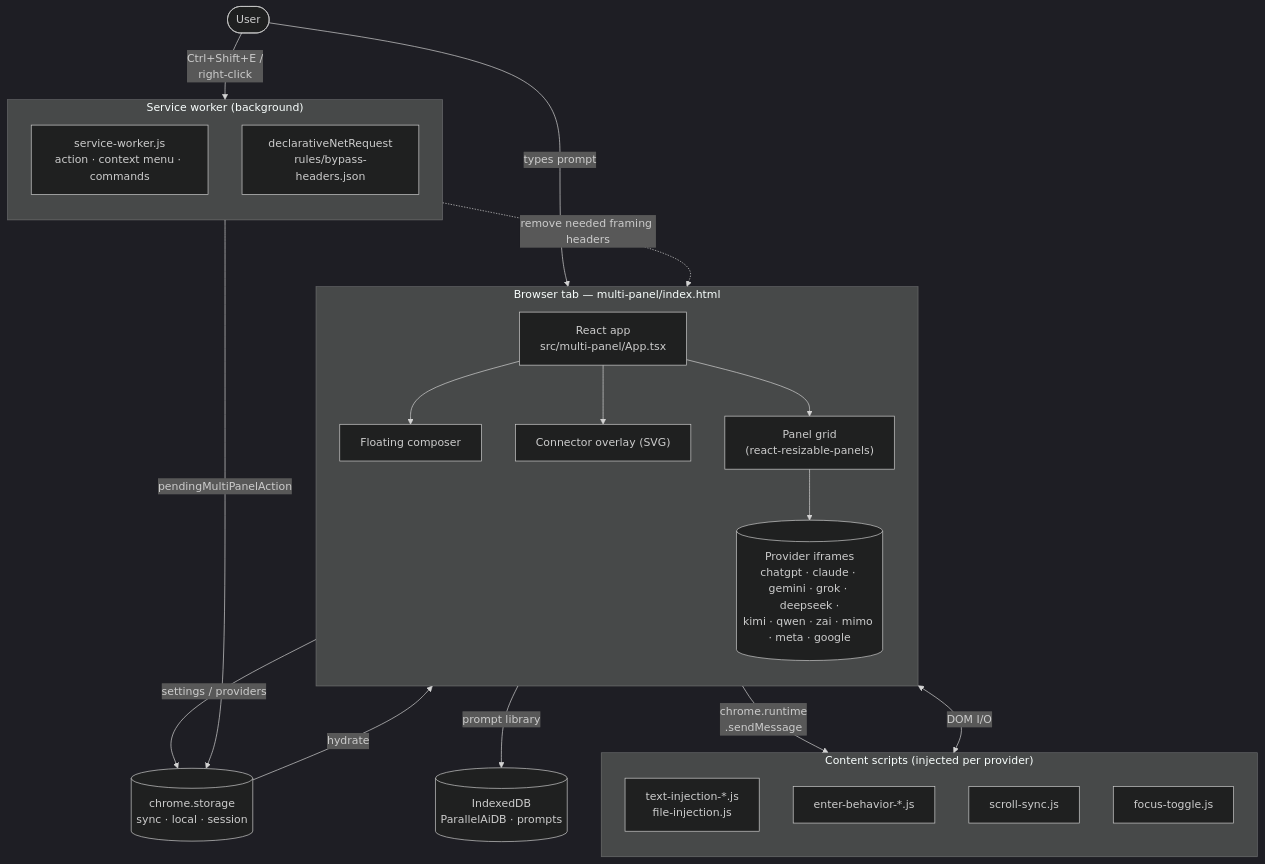
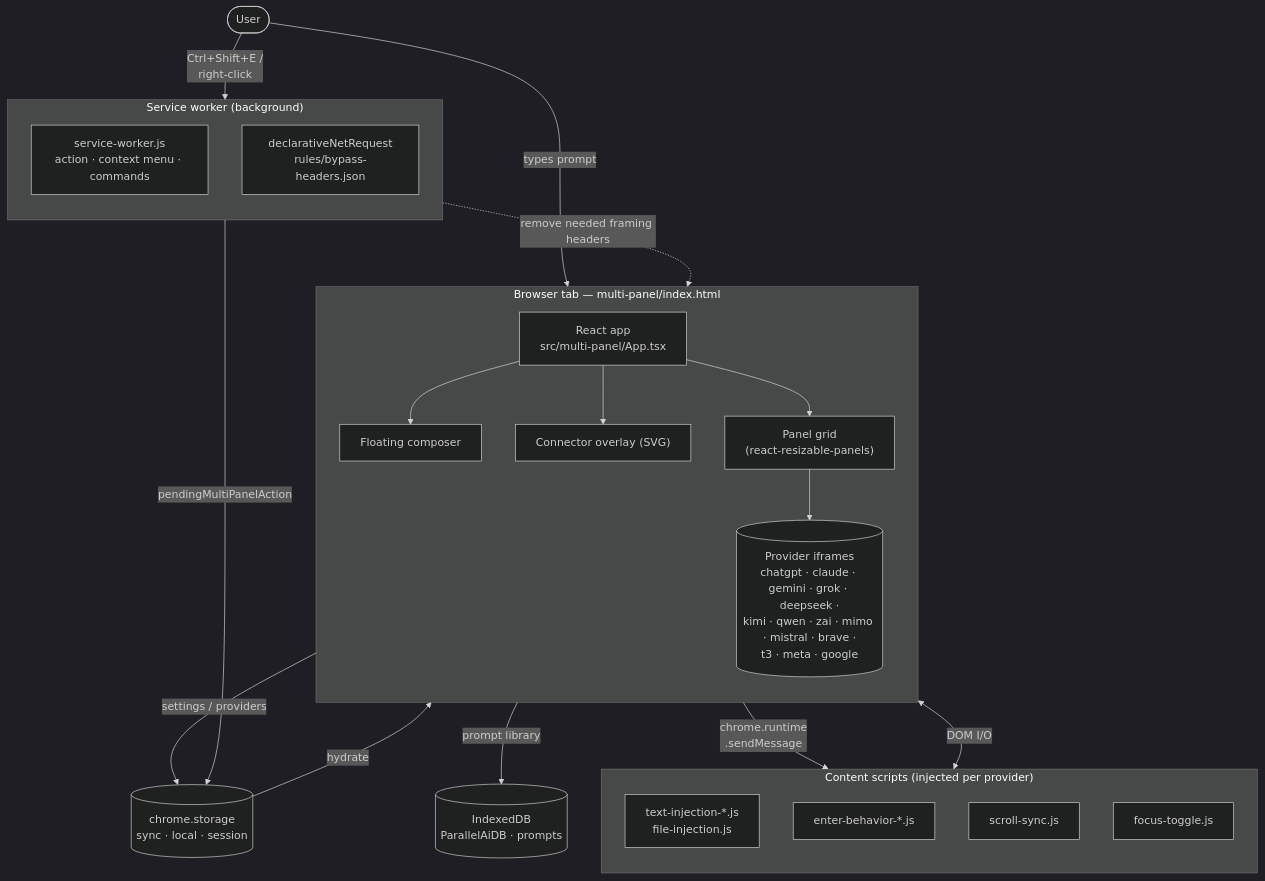
Before and after one commit to ParkerCai/parallel-ai-extension: the first of 2 diagrams in README.md, drawn with Mermaid (dark theme). The commit also changed other lines of this file and 29 other files, not shown here.

First line of the commit message:
feat(providers): add Mistral, Brave and T3 Chat

````diff
--- a/README.md
+++ b/README.md
@@ -134,44 +137,44 @@
 ```mermaid
 flowchart TB
   user(["User"])
 
   subgraph bg["Service worker (background)"]
     direction TB
     sw["service-worker.js<br/>action · context menu · commands"]
     dnr["declarativeNetRequest<br/>rules/bypass-headers.json"]
   end
 
   storage[("chrome.storage<br/>sync · local · session")]
   idb[("IndexedDB<br/>ParallelAiDB · prompts")]
 
   subgraph tab["Browser tab — multi-panel/index.html"]
     direction TB
     react["React app<br/>src/multi-panel/App.tsx"]
     composer["Floating composer"]
     overlay["Connector overlay (SVG)"]
     grid["Panel grid<br/>(react-resizable-panels)"]
-    iframes[("Provider iframes<br/>chatgpt · claude · gemini · grok · deepseek ·<br/>kimi · qwen · zai · mimo · meta · google")]
+    iframes[("Provider iframes<br/>chatgpt · claude · gemini · grok · deepseek ·<br/>kimi · qwen · zai · mimo · mistral · brave ·<br/>t3 · meta · google")]
     react --> composer
     react --> overlay
     react --> grid
     grid --> iframes
   end
 
   subgraph cs["Content scripts (injected per provider)"]
     direction TB
     inject["text-injection-*.js<br/>file-injection.js"]
     enterkey["enter-behavior-*.js"]
     sync["scroll-sync.js"]
     focus["focus-toggle.js"]
   end
 
   user -- "Ctrl+Shift+E /<br/>right-click" --> sw
   user -- "types prompt" --> composer
   sw -- "pendingMultiPanelAction" --> storage
   storage -- "hydrate" --> react
   react -- "settings / providers" --> storage
   react -- "prompt library" --> idb
   composer -- "chrome.runtime<br/>.sendMessage" --> cs
   iframes <-- "DOM I/O" --> cs
   dnr -. "remove needed framing headers" .-> iframes
 ```
````
